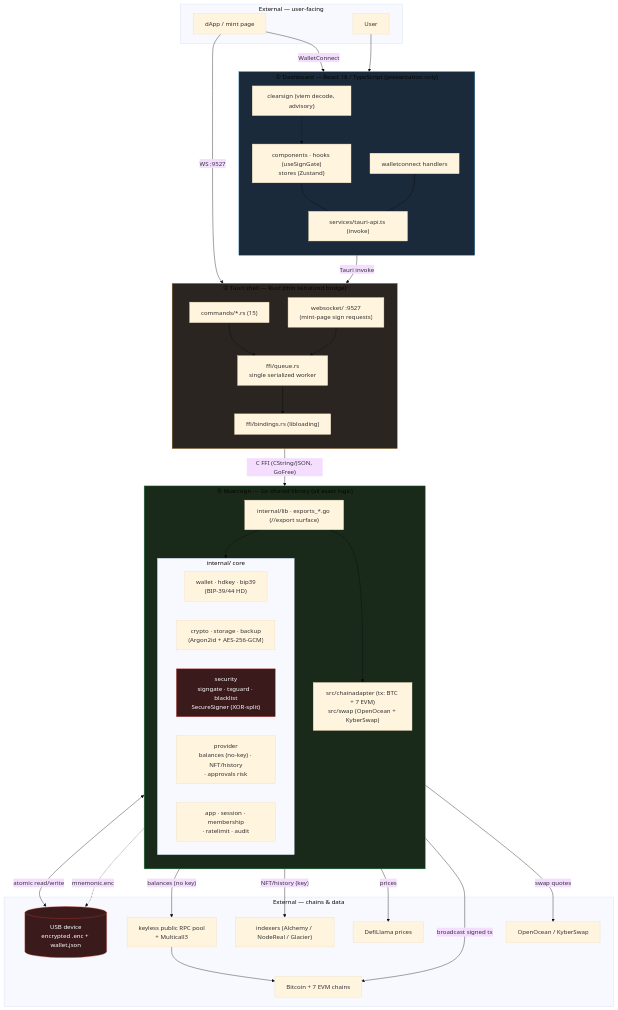
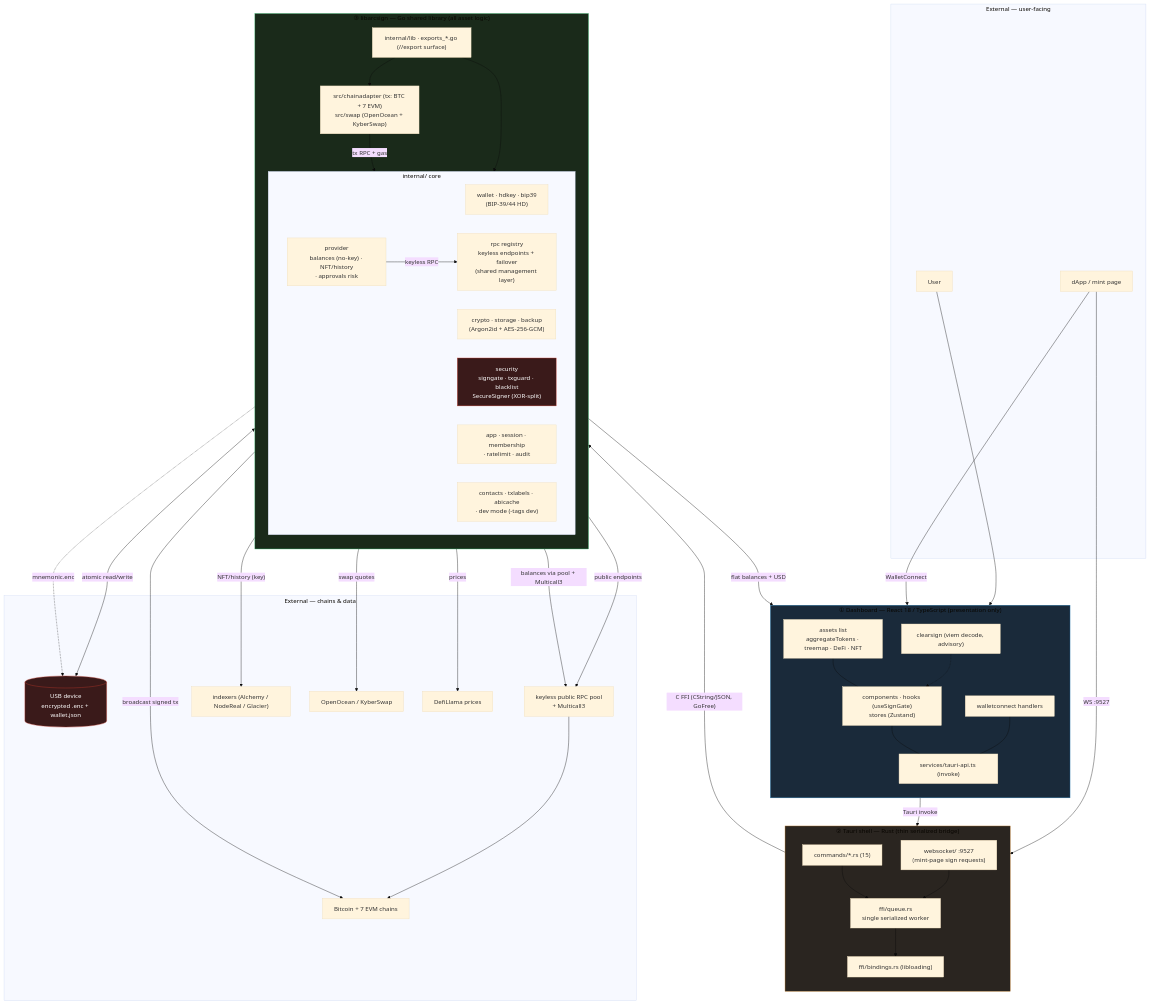
One commit to arcsignio/arcsign changed the first of 6 diagrams in docs/architecture.md. Above: the diagram before and after it, drawn with Mermaid (base theme). The commit also changed other lines of this file, not shown here.

First line of the commit message:
docs(architecture): 補資產清單呈現層 + RPC 管理層到總覽圖與 §3.6

```diff
--- a/docs/architecture.md
+++ b/docs/architecture.md
@@ -39,10 +39,12 @@
     subgraph react["① Dashboard — React 18 / TypeScript (presentation only)"]
         direction TB
         comps["components · hooks (useSignGate)<br/>stores (Zustand)"]
+        assets["assets list<br/>aggregateTokens · treemap · DeFi · NFT"]
         tapi["services/tauri-api.ts (invoke)"]
         cs["clearsign (viem decode, advisory)"]
         wc["walletconnect handlers"]
         comps --- tapi
+        assets --- comps
         wc --- tapi
         cs -.-> comps
     end
@@ -67,10 +69,14 @@
             security["security<br/>signgate · txguard · blacklist<br/>SecureSigner (XOR-split)"]
             provider["provider<br/>balances (no-key) · NFT/history<br/>· approvals risk"]
             app["app · session · membership<br/>· ratelimit · audit"]
+            rpcreg["rpc registry<br/>keyless endpoints + failover<br/>(shared management layer)"]
+            misc["contacts · txlabels · abicache<br/>· dev mode (-tags dev)"]
         end
         mods["src/chainadapter (tx: BTC + 7 EVM)<br/>src/swap (OpenOcean + KyberSwap)"]
         exp --> core
         exp --> mods
+        provider -->|"keyless RPC"| rpcreg
+        mods -->|"tx RPC + gas"| rpcreg
     end
 
     subgraph extworld["External — chains & data"]
@@ -91,9 +97,11 @@
 
     crypto <-->|"atomic read/write"| usb
     wallet -.->|"mnemonic.enc"| usb
-    provider -->|"balances (no key)"| rpc
+    rpcreg -->|"public endpoints"| rpc
+    provider -->|"balances via pool + Multicall3"| rpc
     provider -->|"NFT/history (key)"| idx
     provider -->|"prices"| prices
+    provider -->|"flat balances + USD"| assets
     mods -->|"broadcast signed tx"| chains
     mods -->|"swap quotes"| dex
     rpc --> chains
```
